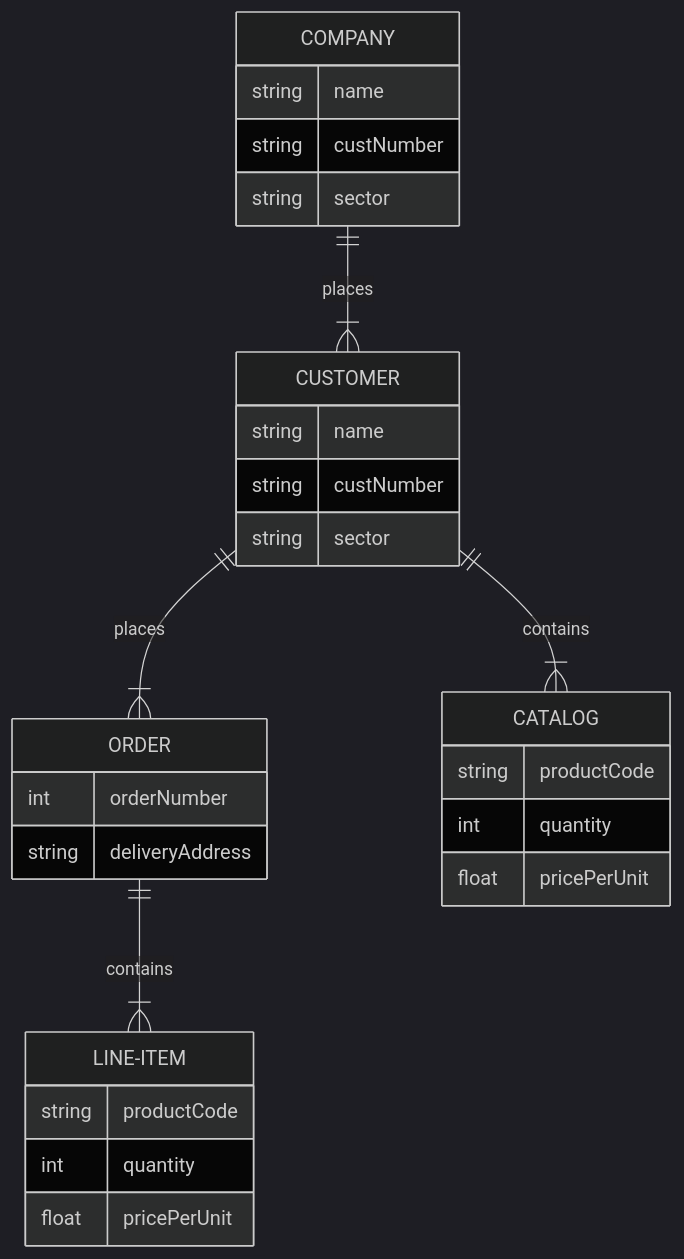
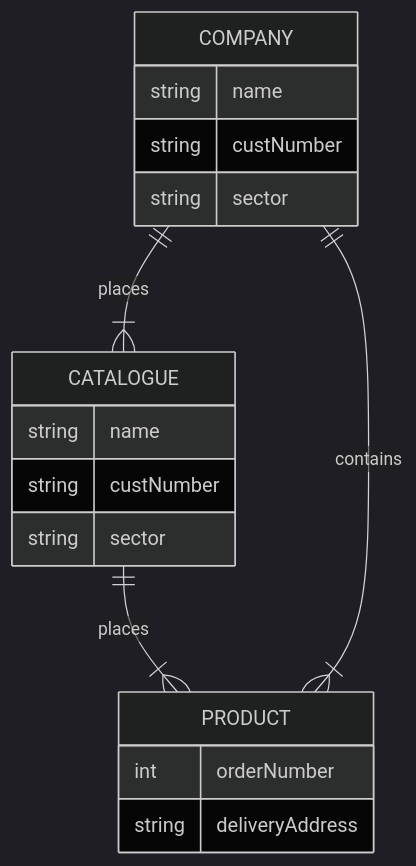
The diagram in index.md (Summito2/summito.github.io), drawn with Mermaid (dark theme) before and after one commit.

````diff
--- a/index.md
+++ b/index.md
@@ -3,31 +3,21 @@
 ```mermaid
 erDiagram
-    COMPANY ||--|{ CUSTOMER : places
+    COMPANY ||--|{ CATALOGUE : places
     COMPANY {
         string name
         string custNumber
         string sector
     }
-    CUSTOMER ||--|{ ORDER : places
-    CUSTOMER {
+    CATALOGUE ||--|{ PRODUCT : places
+    CATALOGUE {
         string name
         string custNumber
         string sector
     }
-    ORDER ||--|{ LINE-ITEM : contains
-    ORDER {
+    COMPANY ||--|{ PRODUCT : contains
+    PRODUCT {
         int orderNumber
         string deliveryAddress
-    }
-    LINE-ITEM {
-        string productCode
-        int quantity
-        float pricePerUnit
-    }
-    CUSTOMER ||--|{ CATALOG : contains
-    CATALOG {
-        string productCode
-        int quantity
-        float pricePerUnit
+    
     }
 ```
````
